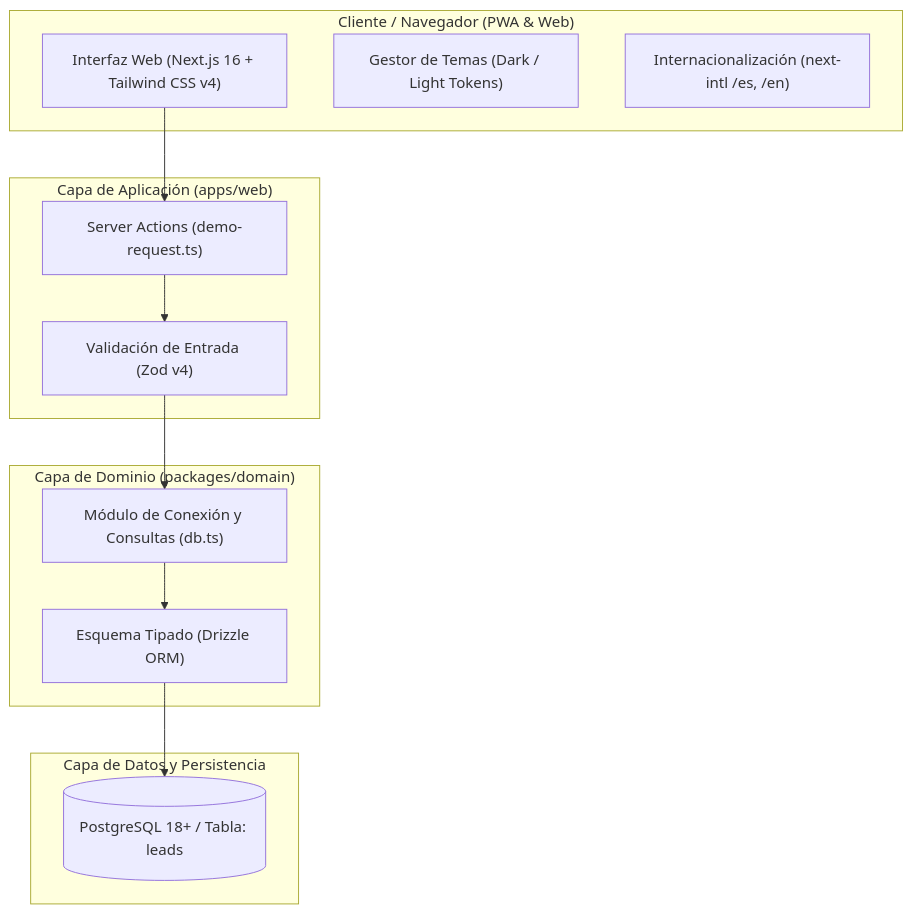
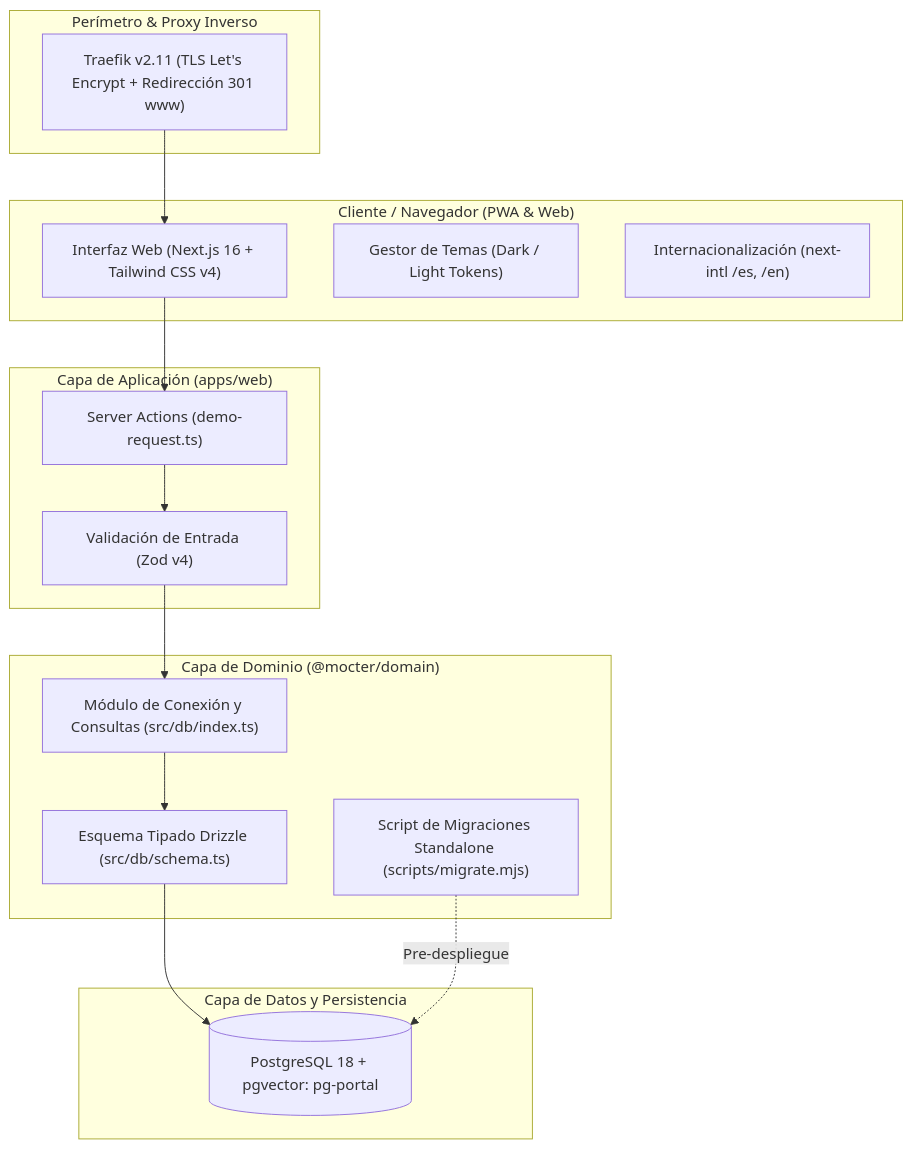
One commit to EnuarRosales/landig-agencia changed the diagram in README.md. Above: the diagram before and after it, drawn with Mermaid. The commit also changed other lines of this file and 29 other files, not shown here.

First line of the commit message:
feat(architecture): standardize drizzle domain structure and implement continuous deployment suite CD-001

````diff
--- a/README.md
+++ b/README.md
@@ -55,28 +57,35 @@
 ```mermaid
 flowchart TD
+    subgraph Ingress["Perímetro & Proxy Inverso"]
+        Traefik["Traefik v2.11 (TLS Let's Encrypt + Redirección 301 www)"]
+    end
+
     subgraph Client["Cliente / Navegador (PWA & Web)"]
         UI["Interfaz Web (Next.js 16 + Tailwind CSS v4)"]
         Theme["Gestor de Temas (Dark / Light Tokens)"]
         i18n["Internacionalización (next-intl /es, /en)"]
     end
 
     subgraph AppLayer["Capa de Aplicación (apps/web)"]
         ServerAction["Server Actions (demo-request.ts)"]
         ValidationZod["Validación de Entrada (Zod v4)"]
     end
 
-    subgraph DomainLayer["Capa de Dominio (packages/domain)"]
-        DBModule["Módulo de Conexión y Consultas (db.ts)"]
-        Schema["Esquema Tipado (Drizzle ORM)"]
+    subgraph DomainLayer["Capa de Dominio (@mocter/domain)"]
+        DBModule["Módulo de Conexión y Consultas (src/db/index.ts)"]
+        Schema["Esquema Tipado Drizzle (src/db/schema.ts)"]
+        Migrator["Script de Migraciones Standalone (scripts/migrate.mjs)"]
     end
 
     subgraph DataLayer["Capa de Datos y Persistencia"]
-        Postgres[(PostgreSQL 18+ / Tabla: leads)]
+        Postgres[(PostgreSQL 18 + pgvector: pg-portal)]
     end
 
+    Traefik --> UI
     UI --> ServerAction
     ServerAction --> ValidationZod
     ValidationZod --> DBModule
     DBModule --> Schema
     Schema --> Postgres
+    Migrator -.->|Pre-despliegue| Postgres
 ```
````
